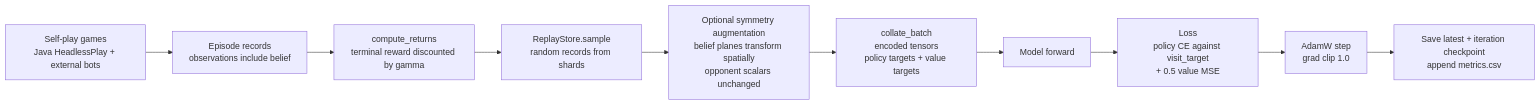
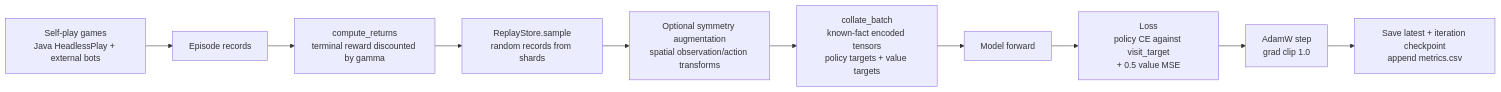
One commit to aHighHooman/MCTS-Topia changed the fifth of 5 diagrams in docs/hybrid-rl-model-architecture.md. Above: the diagram before and after it, drawn with Mermaid. The commit also changed other lines of this file and 9 other files, not shown here.

````diff
--- a/docs/hybrid-rl-model-architecture.md
+++ b/docs/hybrid-rl-model-architecture.md
@@ -254,15 +256,15 @@
 ```mermaid
 flowchart LR
     SelfPlay["Self-play games<br/>Java HeadlessPlay + external bots"]
-    Episodes["Episode records<br/>observations include belief"]
+    Episodes["Episode records"]
     Returns["compute_returns<br/>terminal reward discounted by gamma"]
     ReplaySample["ReplayStore.sample<br/>random records from shards"]
-    Augment["Optional symmetry augmentation<br/>belief planes transform spatially<br/>opponent scalars unchanged"]
-    Collate["collate_batch<br/>encoded tensors<br/>policy targets + value targets"]
+    Augment["Optional symmetry augmentation<br/>spatial observation/action transforms"]
+    Collate["collate_batch<br/>known-fact encoded tensors<br/>policy targets + value targets"]
     Forward["Model forward"]
     Loss["Loss<br/>policy CE against visit_target<br/>+ 0.5 value MSE"]
     Step["AdamW step<br/>grad clip 1.0"]
     Save["Save latest + iteration checkpoint<br/>append metrics.csv"]
 
     SelfPlay --> Episodes --> Returns --> ReplaySample --> Augment --> Collate --> Forward --> Loss --> Step --> Save
 ```
````
